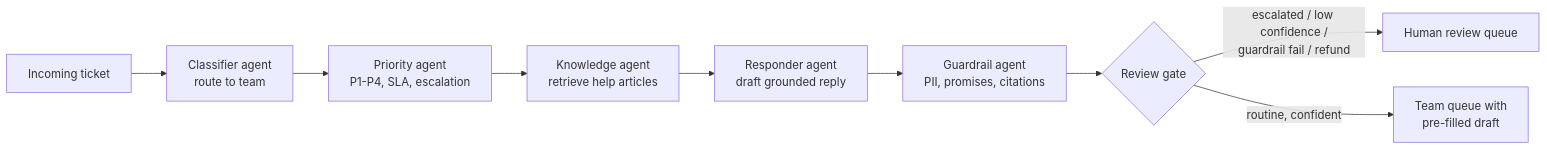
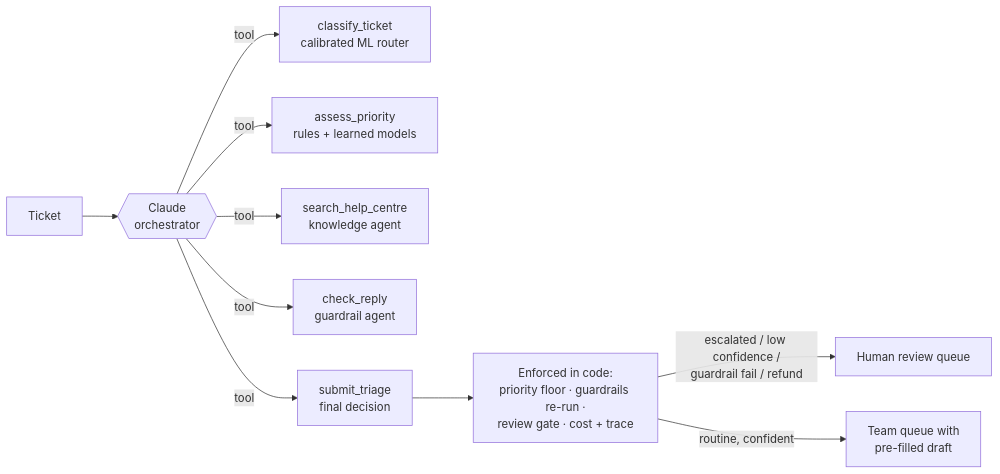
One commit to meghanaganapa/support-ticket-triage-agent changed the diagram in README.md. Above: the diagram before and after it, drawn with Mermaid. The commit also changed other lines of this file and 37 other files, not shown here.

First line of the commit message:
v0.2: Claude Agent SDK orchestrator, calibrated models, honest locked-test evaluation

````diff
--- a/README.md
+++ b/README.md
@@ -28,11 +29,12 @@
 ```mermaid
 flowchart LR
-    T[Incoming ticket] --> C[Classifier agent<br/>route to team]
-    C --> P[Priority agent<br/>P1-P4, SLA, escalation]
-    P --> K[Knowledge agent<br/>retrieve help articles]
-    K --> R[Responder agent<br/>draft grounded reply]
-    R --> G[Guardrail agent<br/>PII, promises, citations]
-    G --> H{Review gate}
-    H -->|escalated / low confidence /<br/>guardrail fail / refund| Q1[Human review queue]
-    H -->|routine, confident| Q2[Team queue with<br/>pre-filled draft]
+    T[Ticket] --> C{{Claude<br/>orchestrator}}
+    C -->|tool| A1[classify_ticket<br/>calibrated ML router]
+    C -->|tool| A2[assess_priority<br/>rules + learned models]
+    C -->|tool| A3[search_help_centre<br/>knowledge agent]
+    C -->|tool| A4[check_reply<br/>guardrail agent]
+    C -->|tool| A5[submit_triage<br/>final decision]
+    A5 --> E[Enforced in code:<br/>priority floor · guardrails re-run ·<br/>review gate · cost + trace]
+    E -->|escalated / low confidence /<br/>guardrail fail / refund| H[Human review queue]
+    E -->|routine, confident| Q[Team queue with<br/>pre-filled draft]
 ```
````
